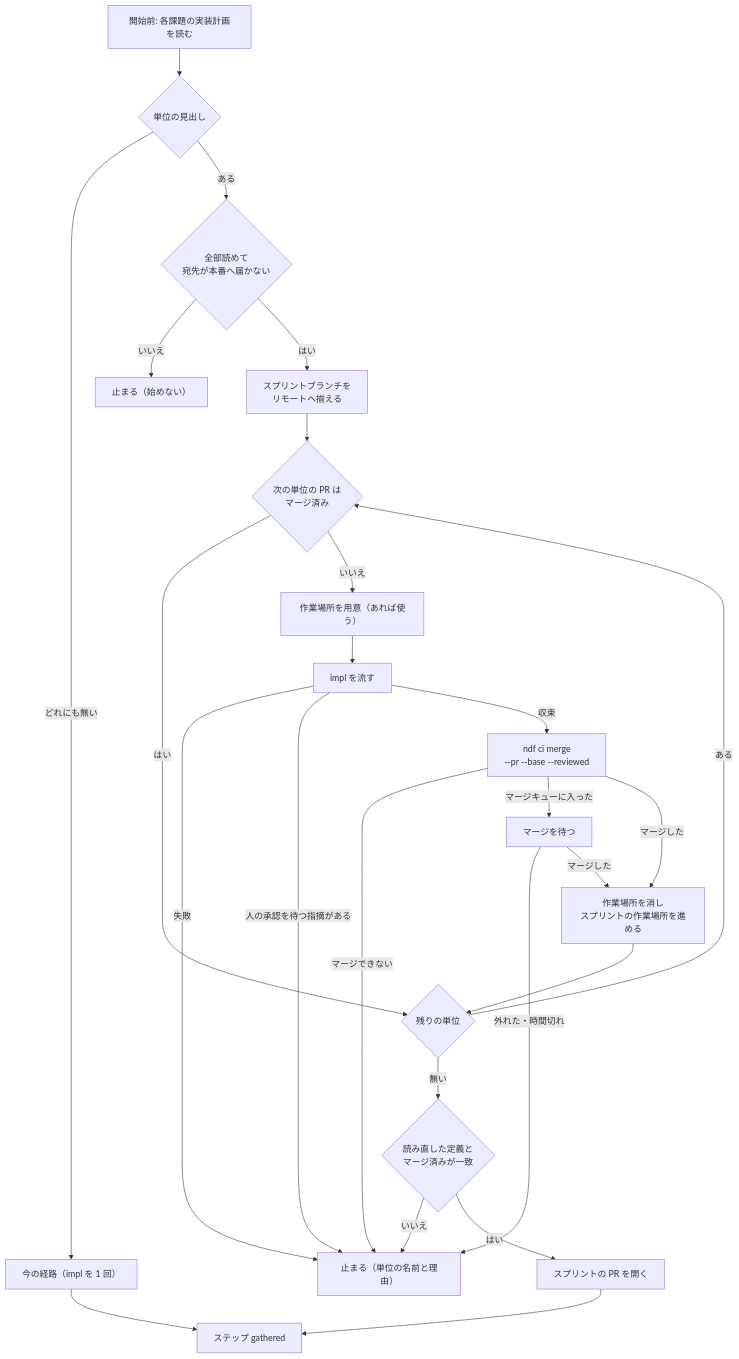
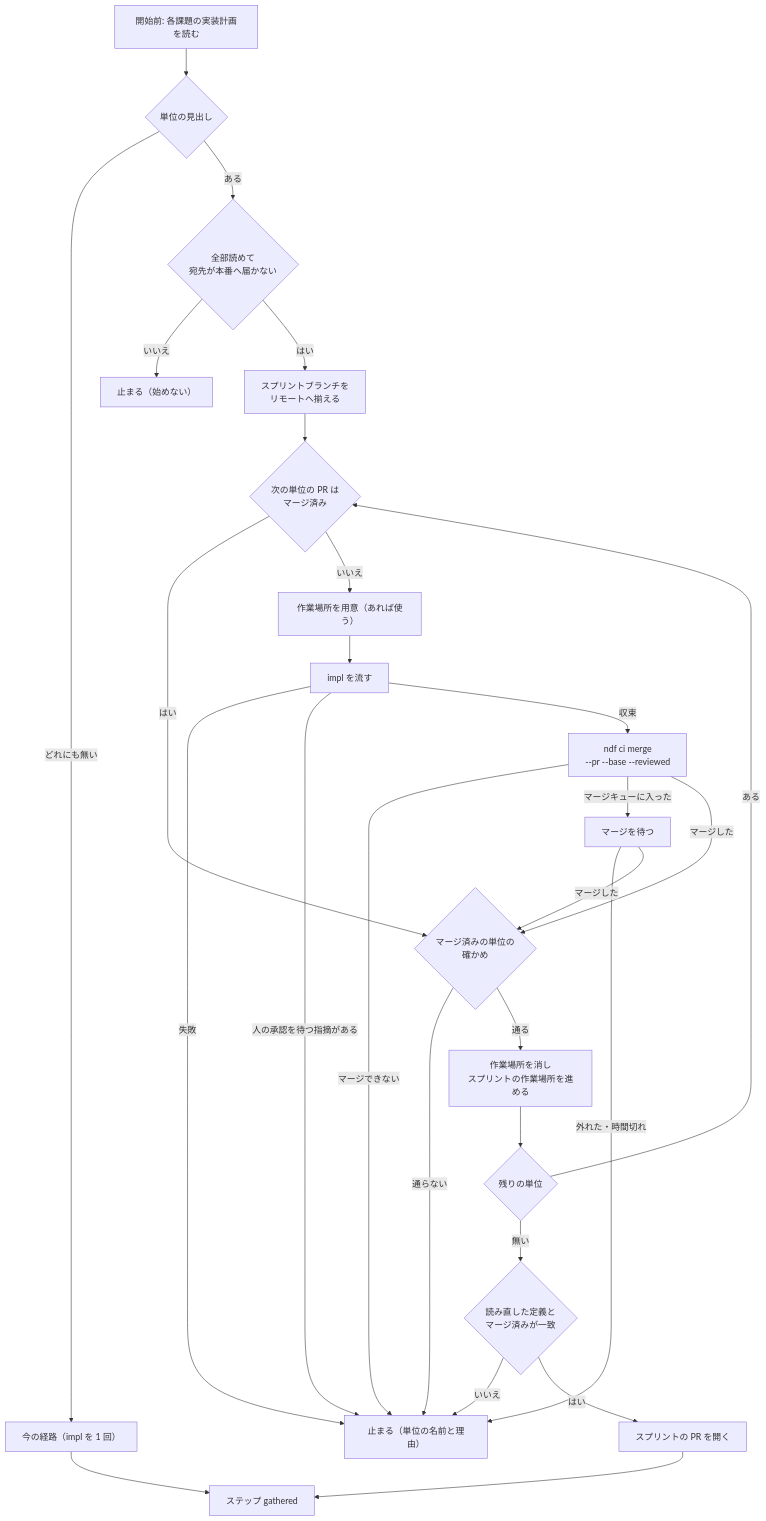
Before and after one commit to devbasex/ai-plugins: the third of 3 diagrams in issues/issue-4369-design.md, drawn with Mermaid. The commit also changed other lines of this file and 1 other file, not shown here.

````diff
--- a/issues/issue-4369-design.md
+++ b/issues/issue-4369-design.md
@@ -168,27 +171,29 @@
 ```mermaid
 flowchart TB
   A["開始前: 各課題の実装計画を読む"] --> B{"単位の見出し"}
   B -->|どれにも無い| C["今の経路（impl を 1 回）"]
   B -->|ある| D{"全部読めて<br/>宛先が本番へ届かない"}
   D -->|いいえ| E["止まる（始めない）"]
   D -->|はい| F["スプリントブランチを<br/>リモートへ揃える"]
   F --> H{"次の単位の PR は<br/>マージ済み"}
-  H -->|はい| N
+  H -->|はい| V
   H -->|いいえ| W["作業場所を用意（あれば使う）"]
   W --> P["impl を流す"]
   P -->|失敗| X["止まる（単位の名前と理由）"]
   P -->|人の承認を待つ指摘がある| X
   P -->|収束| M["ndf ci merge<br/>--pr --base --reviewed"]
   M -->|マージできない| X
   M -->|マージキューに入った| Q["マージを待つ"]
   Q -->|外れた・時間切れ| X
-  Q -->|マージした| Y
-  M -->|マージした| Y["作業場所を消し<br/>スプリントの作業場所を進める"]
+  Q -->|マージした| V{"マージ済みの単位の<br/>確かめ"}
+  M -->|マージした| V
+  V -->|通らない| X
+  V -->|通る| Y["作業場所を消し<br/>スプリントの作業場所を進める"]
   Y --> N{"残りの単位"}
   N -->|ある| H
   N -->|無い| R{"読み直した定義と<br/>マージ済みが一致"}
   R -->|いいえ| X
   R -->|はい| Z["スプリントの PR を開く"]
   Z --> G["ステップ gathered"]
   C --> G
 ```
````
